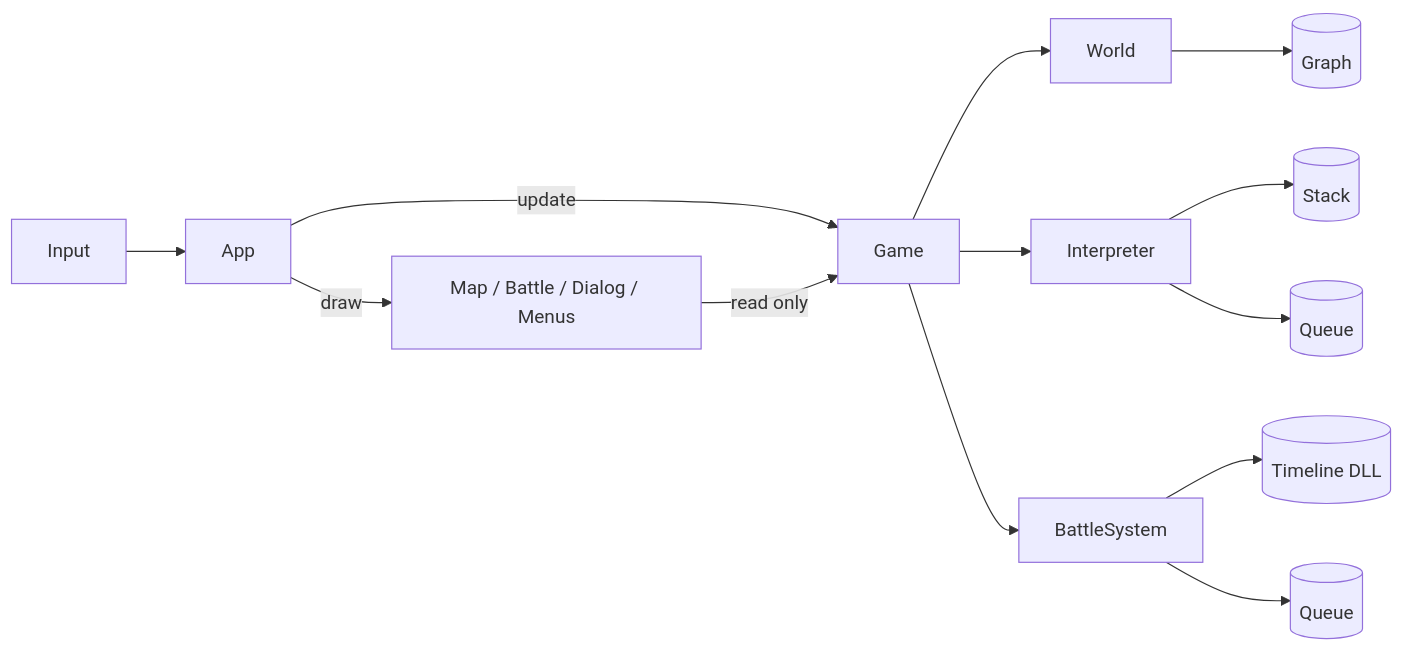
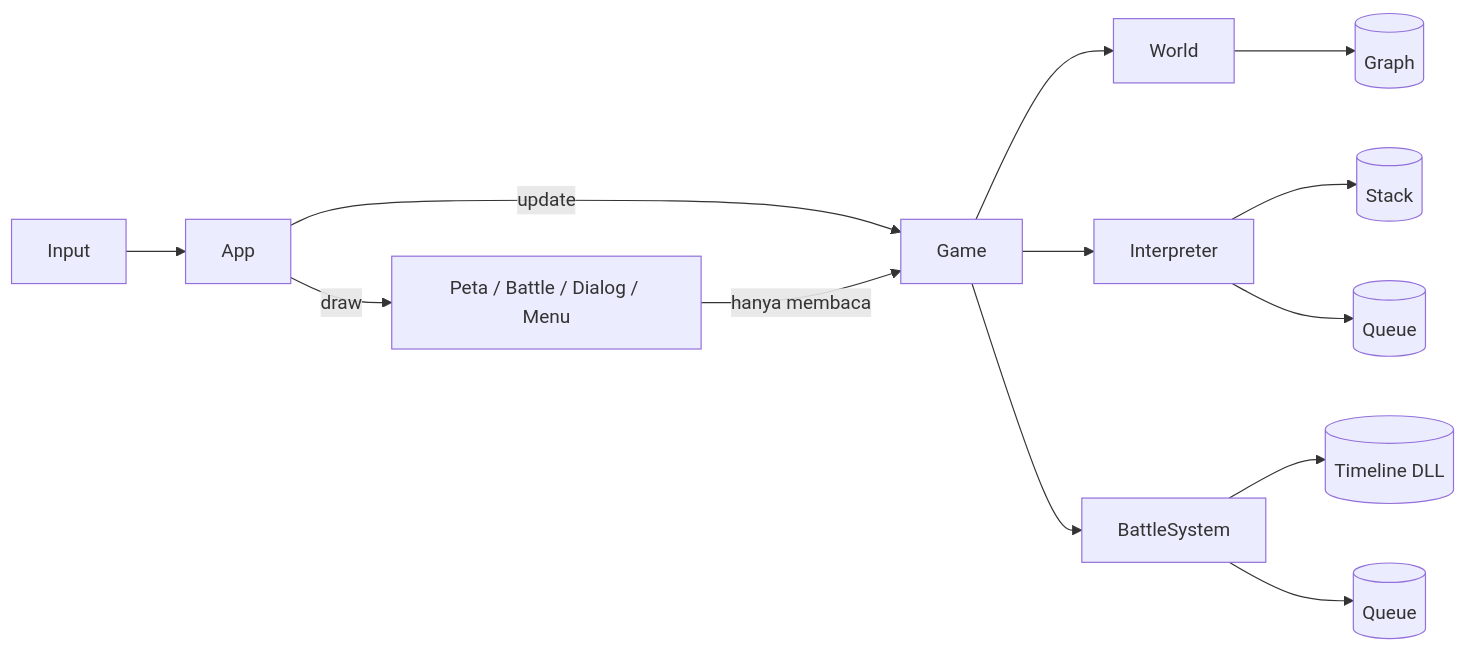
The diagram in README.md (DaffMe/Tumbal), drawn with Mermaid before and after one commit. The commit also changed other lines of this file and 1 other file, not shown here.

````diff
--- a/README.md
+++ b/README.md
@@ -307,15 +306,15 @@
 ```mermaid
 graph LR
     Input --> App
     App -->|update| Game
     Game --> World
     Game --> Interpreter
     Game --> BattleSystem
     World --> Graph[(Graph)]
     BattleSystem --> Timeline[(Timeline DLL)]
     BattleSystem --> BQ[(Queue)]
     Interpreter --> Stack[(Stack)]
     Interpreter --> NQ[(Queue)]
-    App -->|draw| Views[Map / Battle / Dialog / Menus]
-    Views -->|read only| Game
+    App -->|draw| Views[Peta / Battle / Dialog / Menu]
+    Views -->|hanya membaca| Game
 ```
````
